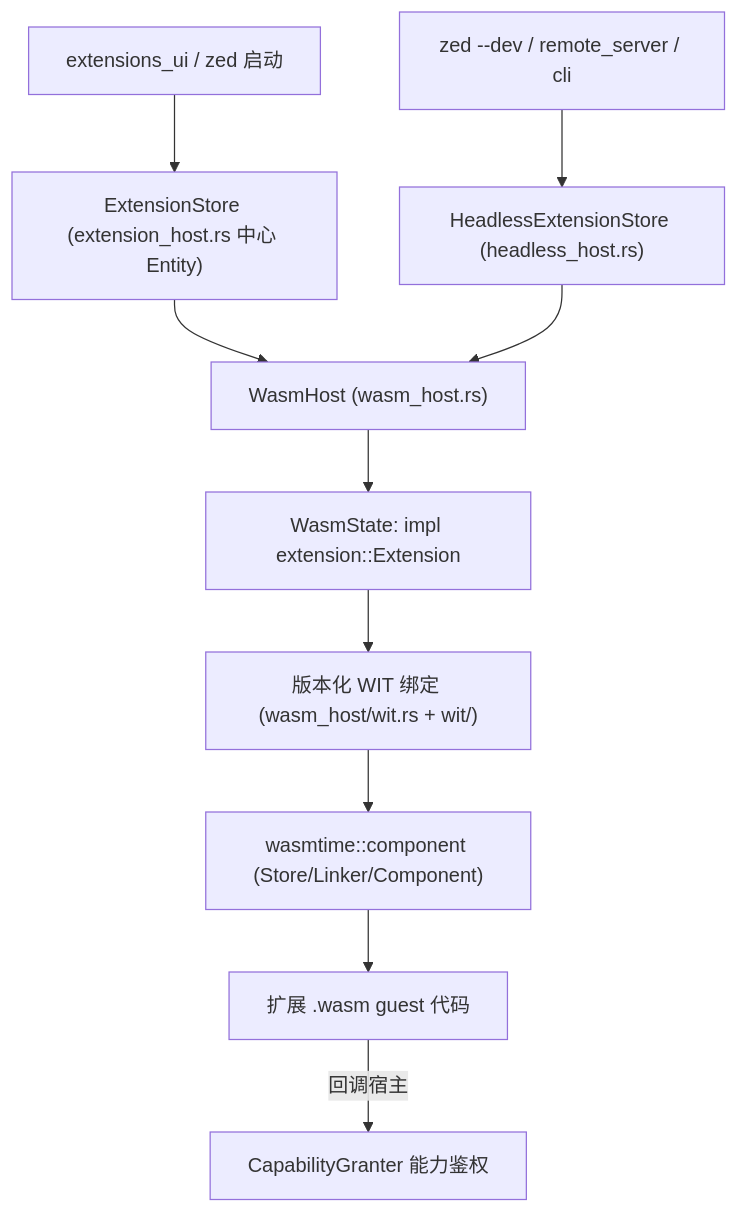
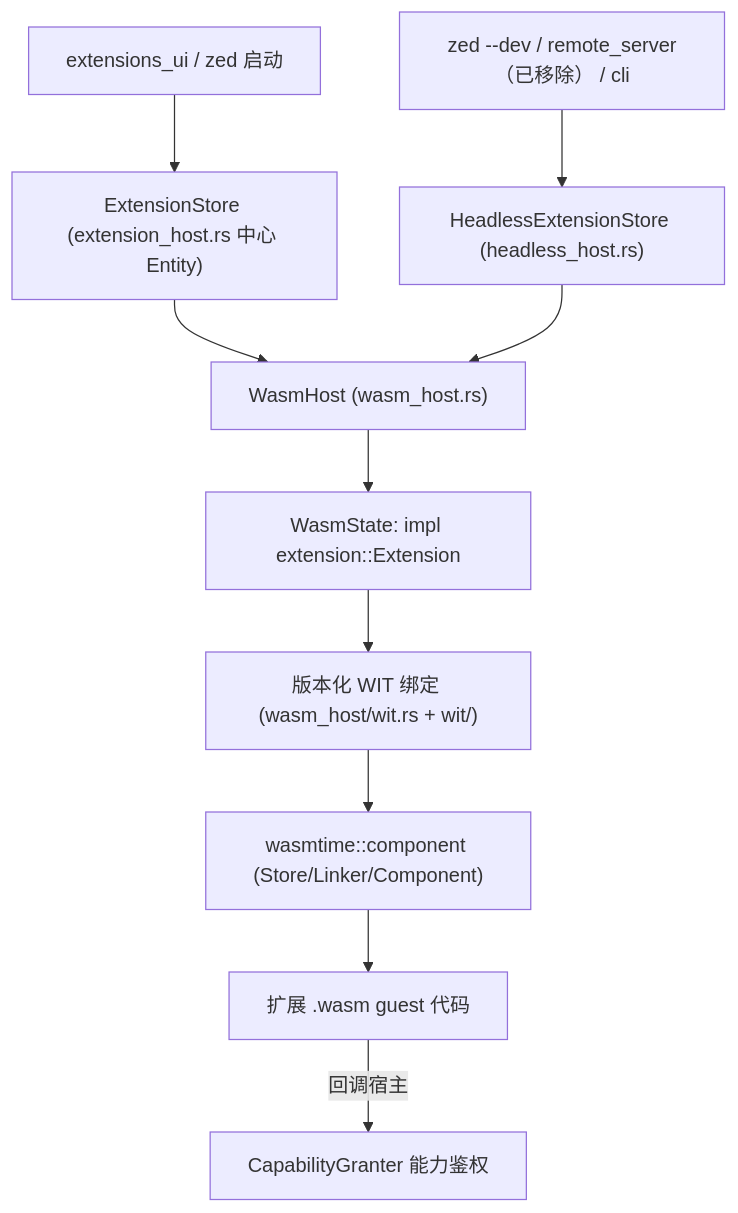
One commit to rzhangjing/zed changed the first of 2 diagrams in wiki/Extension-Host-Deep-Dive.md. Above: the diagram before and after it, drawn with Mermaid. The commit also changed other lines of this file and 50 other files, not shown here.

````diff
--- a/wiki/Extension-Host-Deep-Dive.md
+++ b/wiki/Extension-Host-Deep-Dive.md
@@ -9,12 +9,12 @@
 ```mermaid
 graph TB
     UI[extensions_ui / zed 启动] --> STORE["ExtensionStore (extension_host.rs 中心 Entity)"]
     STORE --> HOST["WasmHost (wasm_host.rs)"]
     HOST --> STATE["WasmState: impl extension::Extension"]
     STATE --> WIT["版本化 WIT 绑定 (wasm_host/wit.rs + wit/)"]
     WIT --> WT["wasmtime::component (Store/Linker/Component)"]
     WT --> GUEST["扩展 .wasm guest 代码"]
     GUEST -->|回调宿主| CAP["CapabilityGranter 能力鉴权"]
-    HEAD[zed --dev / remote_server / cli] --> HL["HeadlessExtensionStore (headless_host.rs)"]
+    HEAD["zed --dev / remote_server（已移除） / cli"] --> HL["HeadlessExtensionStore (headless_host.rs)"]
     HL --> HOST
 ```
````
